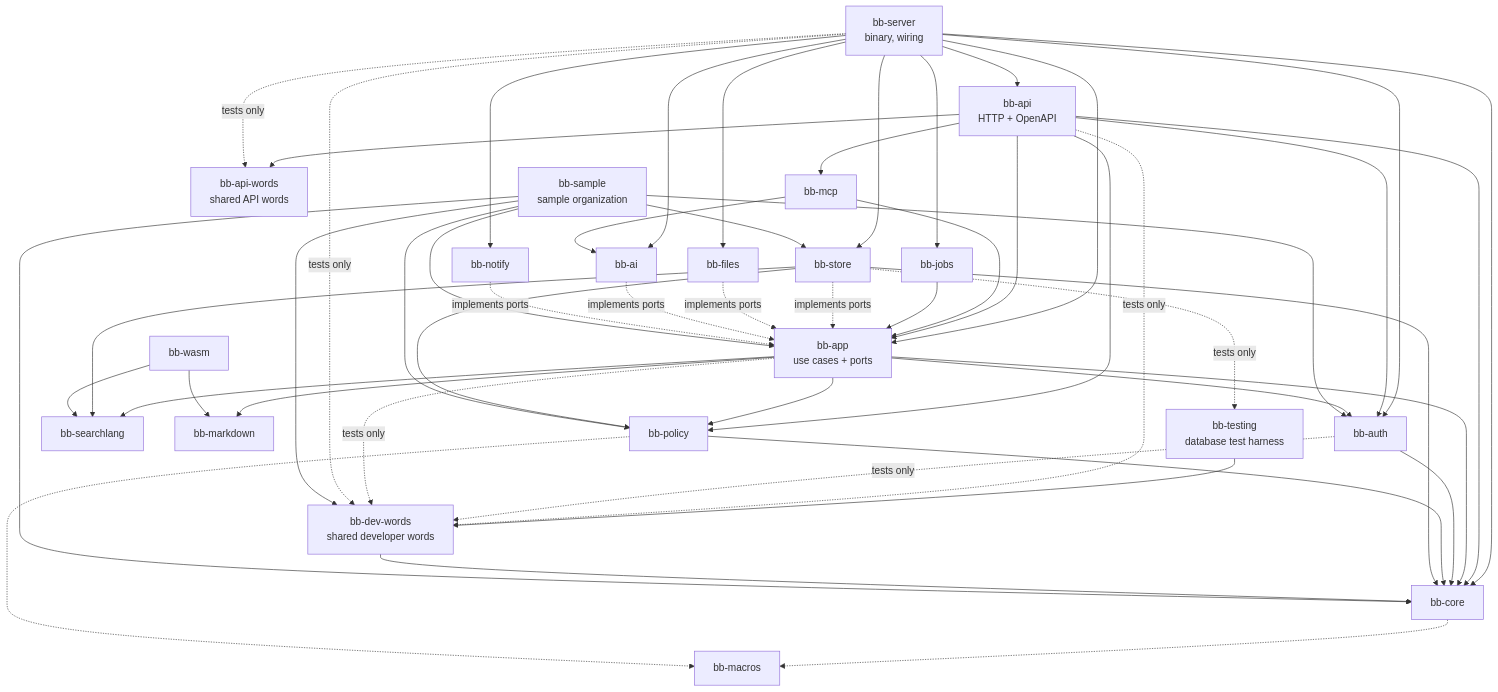
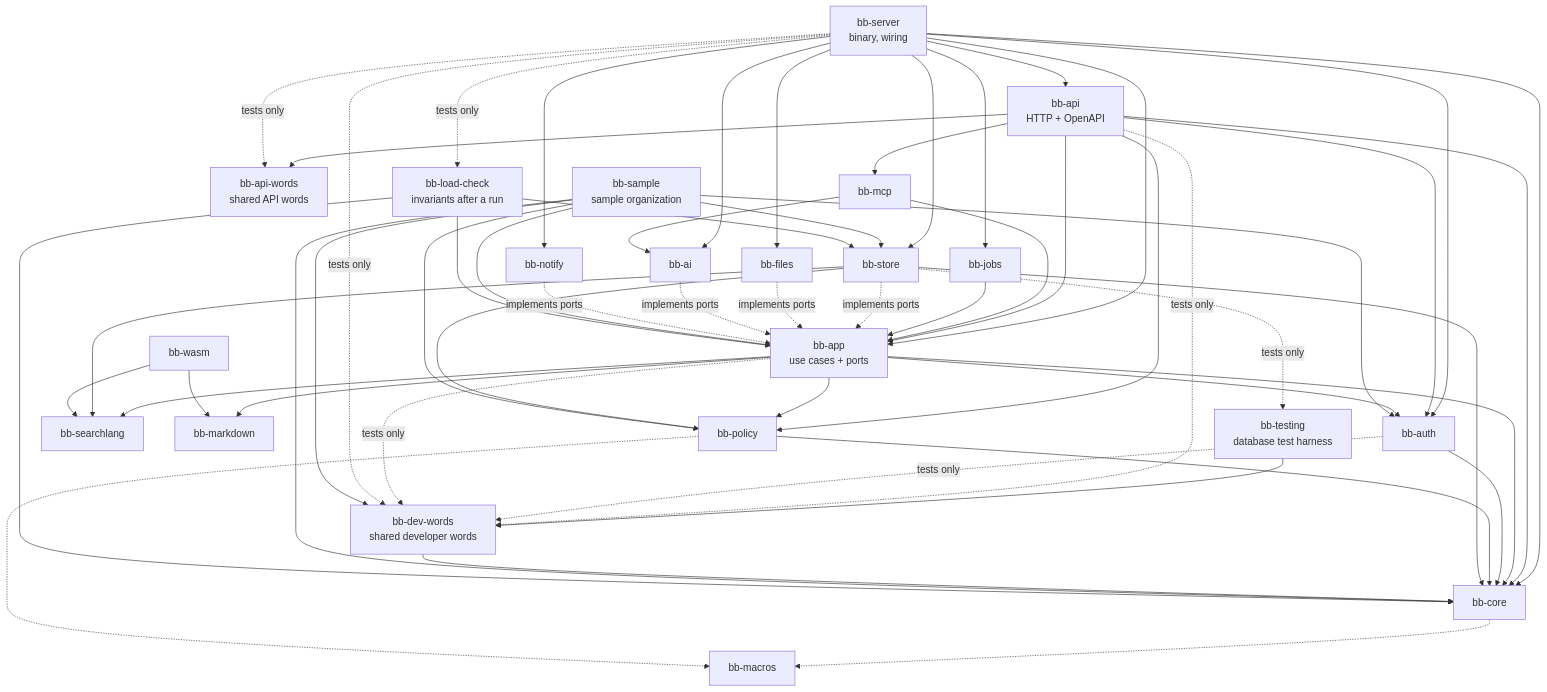
The diagram in docs/architecture/04-building-blocks.md (Nusi42/Bugaboo), drawn with Mermaid before and after one commit. The commit also changed other lines of this file and 14 other files, not shown here.

First line of the commit message:
feat(load-check): write the run invariants once, in bb-load-check

````diff
--- a/docs/architecture/04-building-blocks.md
+++ b/docs/architecture/04-building-blocks.md
@@ -46,48 +47,51 @@
 ```mermaid
 flowchart TB
   server["bb-server<br/>binary, wiring"]
   api["bb-api<br/>HTTP + OpenAPI"]
   words["bb-api-words<br/>shared API words"]
   devwords["bb-dev-words<br/>shared developer words"]
   mcp["bb-mcp"]
   app["bb-app<br/>use cases + ports"]
   policy["bb-policy"]
   core["bb-core"]
   macros["bb-macros"]
   search["bb-searchlang"]
   md["bb-markdown"]
   store["bb-store"]
   files["bb-files"]
   auth["bb-auth"]
   ai["bb-ai"]
   notify["bb-notify"]
   jobs["bb-jobs"]
   wasm["bb-wasm"]
   testing["bb-testing<br/>database test harness"]
   sample["bb-sample<br/>sample organization"]
+  loadcheck["bb-load-check<br/>invariants after a run"]
 
   server --> api & jobs & store & files & ai & notify & auth & app & core
   api --> app & auth & mcp & core & policy & words
   mcp --> app & ai
   jobs --> app
   app --> policy & core & search & md & auth
   auth --> core
   policy --> core
   core -.-> macros
   policy -.-> macros
   store -. implements ports .-> app
   files -. implements ports .-> app
   ai -. implements ports .-> app
   notify -. implements ports .-> app
   store --> search & policy & core
   wasm --> search & md
   store -. tests only .-> testing
   server -. tests only .-> words
   testing --> devwords
   devwords --> core
   api -. tests only .-> devwords
   auth -. tests only .-> devwords
   app -. tests only .-> devwords
   server -. tests only .-> devwords
   sample --> app & store & core & policy & auth & devwords
+  loadcheck --> app & store & core
+  server -. tests only .-> loadcheck
 ```
````
